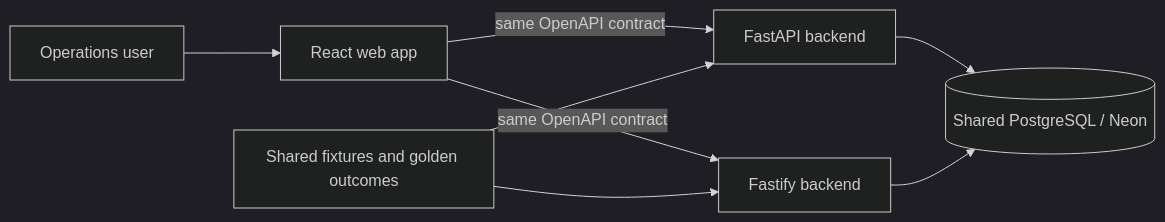
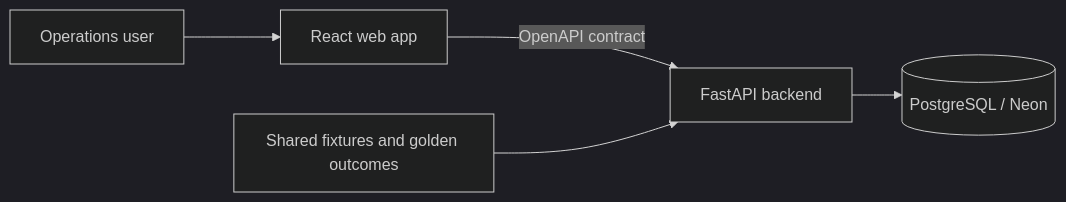
Before and after one commit to rajkunwar4/atlas-assignment: the first of 5 diagrams in docs/architecture.md, drawn with Mermaid (dark theme). The commit also changed other lines of this file and 5 other files, not shown here.

````diff
--- a/docs/architecture.md
+++ b/docs/architecture.md
@@ -11,10 +11,7 @@
 ```mermaid
 flowchart LR
   O[Operations user] --> W[React web app]
-  W -->|same OpenAPI contract| P[FastAPI backend]
-  W -->|same OpenAPI contract| N[Fastify backend]
-  P --> DB[(Shared PostgreSQL / Neon)]
-  N --> DB
+  W -->|OpenAPI contract| P[FastAPI backend]
+  P --> DB[(PostgreSQL / Neon)]
   F[Shared fixtures and golden outcomes] --> P
-  F --> N
 ```
````
